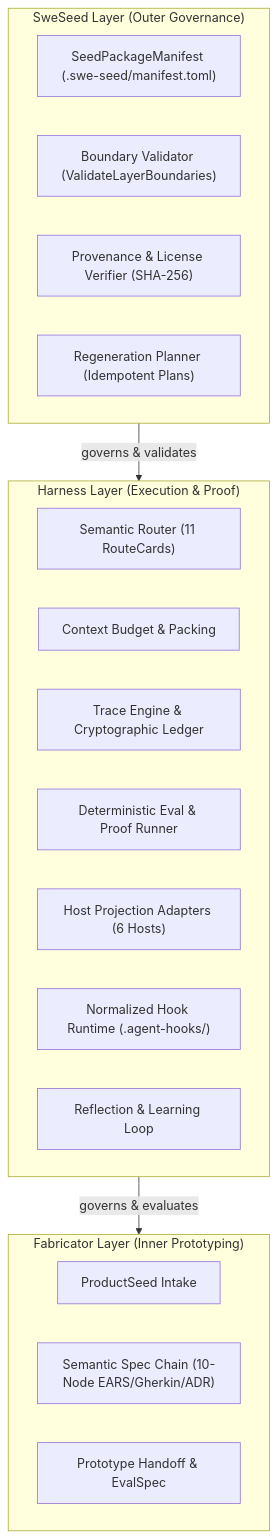
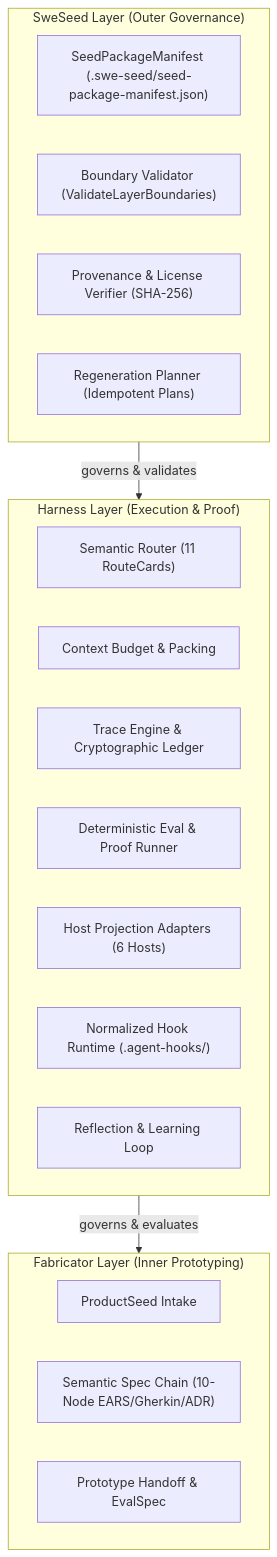
The first of 6 diagrams in docs/architecture.md (GodSpeedAI/swe_seed), drawn with Mermaid before and after one commit. The commit also changed other lines of this file and 29 other files, not shown here.

First line of the commit message:
docs: refresh SWE_SEED documentation, add cognitive explainers and reference pages

````diff
--- a/docs/architecture.md
+++ b/docs/architecture.md
@@ -11,28 +11,28 @@
 ```mermaid
 graph TD
     subgraph SweSeedLayer["SweSeed Layer (Outer Governance)"]
-        SeedManifest["SeedPackageManifest (.swe-seed/manifest.toml)"]
+        SeedManifest["SeedPackageManifest (.swe-seed/seed-package-manifest.json)"]
         BoundaryVal["Boundary Validator (ValidateLayerBoundaries)"]
         ProvVerify["Provenance & License Verifier (SHA-256)"]
         RegenPlan["Regeneration Planner (Idempotent Plans)"]
     end
 
     subgraph HarnessLayer["Harness Layer (Execution & Proof)"]
         Router["Semantic Router (11 RouteCards)"]
         ContextPlane["Context Budget & Packing"]
         TraceEngine["Trace Engine & Cryptographic Ledger"]
         EvalEngine["Deterministic Eval & Proof Runner"]
         HostAdapters["Host Projection Adapters (6 Hosts)"]
         HookEngine["Normalized Hook Runtime (.agent-hooks/)"]
         LearnLoop["Reflection & Learning Loop"]
     end
 
     subgraph FabricatorLayer["Fabricator Layer (Inner Prototyping)"]
         ProductSeed["ProductSeed Intake"]
         SemanticChain["Semantic Spec Chain (10-Node EARS/Gherkin/ADR)"]
         PrototypeHandoff["Prototype Handoff & EvalSpec"]
     end
 
     SweSeedLayer -->|governs & validates| HarnessLayer
     HarnessLayer -->|governs & evaluates| FabricatorLayer
 ```
````
